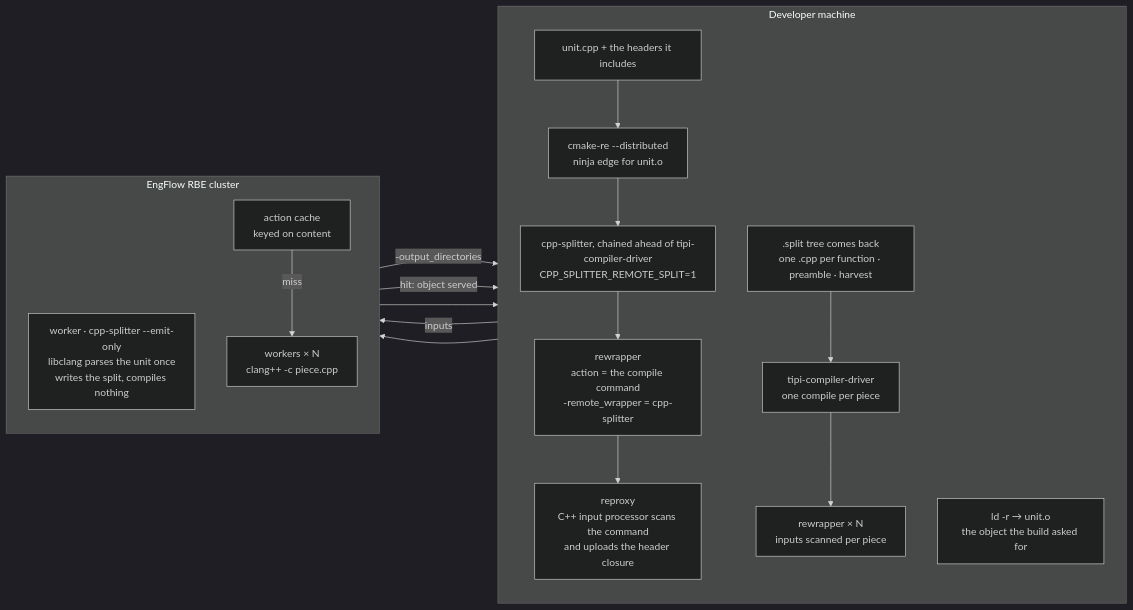
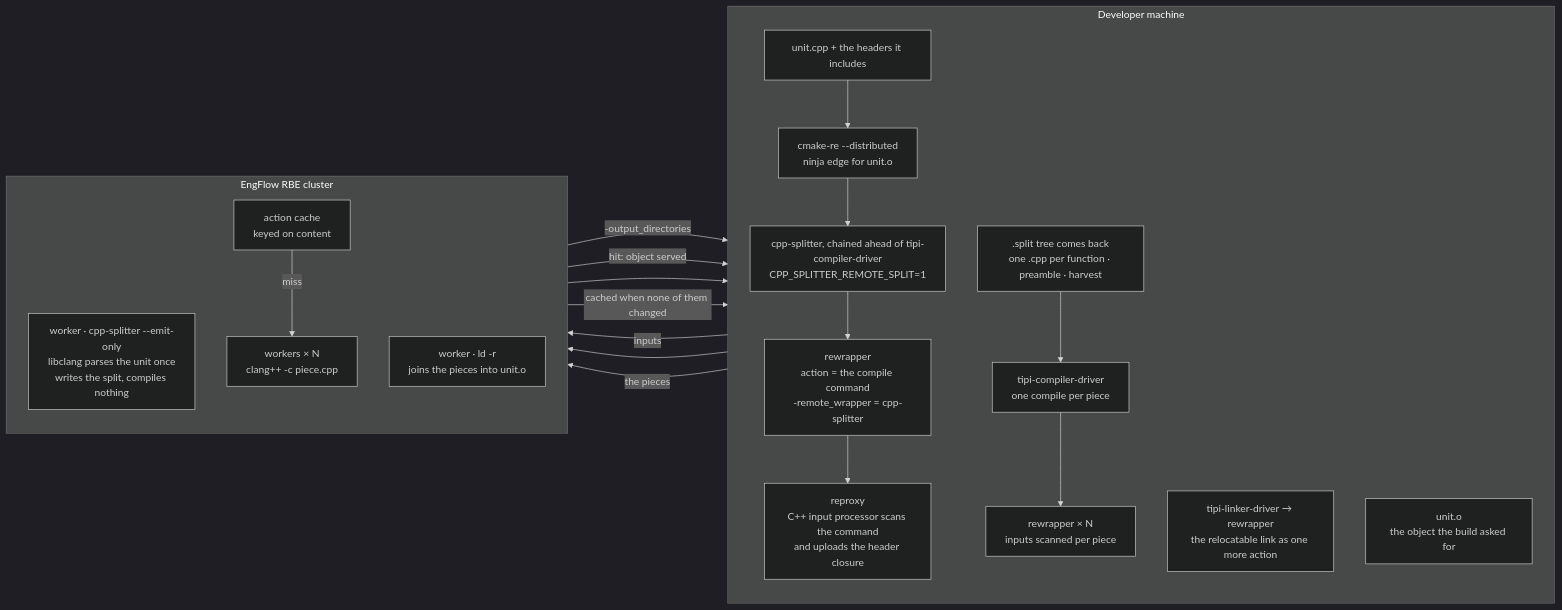
One commit to daminetreg/splitter changed the diagram in blog_boost_spirit_test_suite.md. Above: the diagram before and after it, drawn with Mermaid (dark theme). The commit also changed other lines of this file, not shown here.

Commit message:
:wrench: the relocatable link is on the cluster too
The diagram and the prose had `ld -r` happening on the developer machine. It does not: when
the splitter is chained behind tipi-compiler-driver it hands the link to tipi-linker-driver,
which makes it one more rewrapper action, executed on a worker and cached when none of the
pieces changed. The diagram now shows the link on the cluster and the object coming back.

Claude-Session: https://claude.ai/code/session_01S1wCcAb4FeYEQL5j1HipRV

````diff
--- a/blog_boost_spirit_test_suite.md
+++ b/blog_boost_spirit_test_suite.md
@@ -47,27 +48,31 @@
 ```mermaid
 flowchart LR
     subgraph local["Developer machine"]
         direction TB
         src["unit.cpp + the headers it includes"]
         edge["cmake-re --distributed<br/>ninja edge for unit.o"]
         launcher["cpp-splitter, chained ahead of tipi-compiler-driver<br/>CPP_SPLITTER_REMOTE_SPLIT=1"]
         rw1["rewrapper<br/>action = the compile command<br/>-remote_wrapper = cpp-splitter"]
         reproxy["reproxy<br/>C++ input processor scans the command<br/>and uploads the header closure"]
         tree[".split tree comes back<br/>one .cpp per function · preamble · harvest"]
         driver["tipi-compiler-driver<br/>one compile per piece"]
         rw2["rewrapper × N<br/>inputs scanned per piece"]
-        link["ld -r → unit.o<br/>the object the build asked for"]
+        linker["tipi-linker-driver → rewrapper<br/>the relocatable link as one more action"]
+        obj["unit.o<br/>the object the build asked for"]
     end
     subgraph cluster["EngFlow RBE cluster"]
         direction TB
         worker["worker · cpp-splitter --emit-only<br/>libclang parses the unit once<br/>writes the split, compiles nothing"]
         cache["action cache<br/>keyed on content"]
         compile["workers × N<br/>clang++ -c piece.cpp"]
+        link["worker · ld -r<br/>joins the pieces into unit.o"]
     end
     src --> edge --> launcher --> rw1 --> reproxy
     reproxy -- "inputs" --> worker
     worker -- "-output_directories" --> tree
     tree --> driver --> rw2 --> cache
-    cache -- "hit: object served" --> link
-    cache -- "miss" --> compile --> link
+    cache -- "hit: object served" --> linker
+    cache -- "miss" --> compile --> linker
+    linker -- "the pieces" --> link
+    link -- "cached when none of them changed" --> obj
 ```
````
